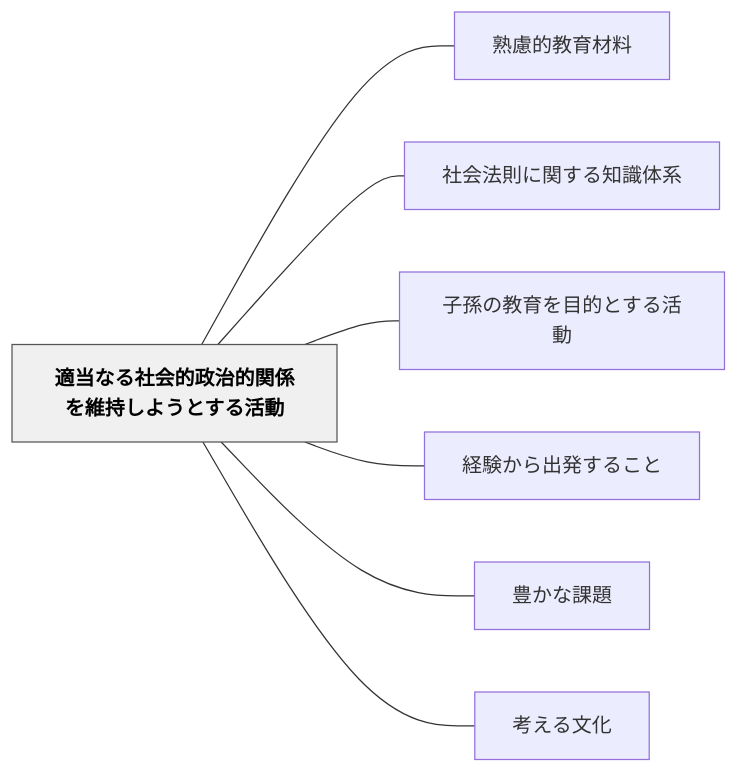
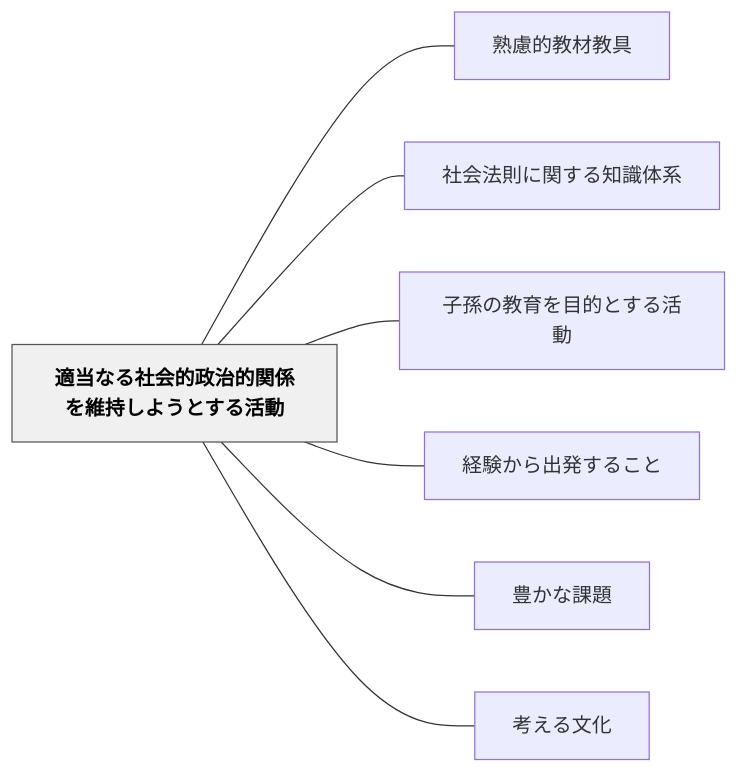
One commit to unknownthings-ed-patterns/unknownthings-ed-patterns changed the diagram in content/パタン/適当なる社会的政治的関係を維持しようとする活動.md. Above: the diagram before and after it, drawn with Mermaid. The commit also changed other lines of this file and 72 other files, not shown here.

````diff
--- a/content/パタン/適当なる社会的政治的関係を維持しようとする活動.md
+++ b/content/パタン/適当なる社会的政治的関係を維持しようとする活動.md
@@ -47,20 +47,20 @@
 ```mermaid
 flowchart LR
     ne981a9e5bd93e381aae3828be7a4bee4bc9ae79a84e694bfe6b2bbe79a84e996a2e4bf82e38292e7b6ade68c81e38197e38288e38186e381a8e38199e3828be6b4bbe58b95["適当なる社会的政治的関係を維持しようとする活動"]
-    ne7869fe685aee79a84e69599e882b2e69d90e69699["熟慮的教育材料"]
+    ne7869fe685aee79a84e69599e69d90e69599e585b7["熟慮的教材教具"]
     ne7a4bee4bc9ae6b395e58987e381abe996a2e38199e3828be79fa5e8ad98e4bd93e7b3bb["社会法則に関する知識体系"]
     ne5ad90e5adabe381aee69599e882b2e38292e79baee79a84e381a8e38199e3828be6b4bbe58b95["子孫の教育を目的とする活動"]
     ne7b58ce9a893e3818be38289e587bae799bae38199e3828be38193e381a8["経験から出発すること"]
     ne8b18ae3818be381aae8aab2e9a18c["豊かな課題"]
     ne88083e38188e3828be69687e58c96["考える文化"]
 
-    ne981a9e5bd93e381aae3828be7a4bee4bc9ae79a84e694bfe6b2bbe79a84e996a2e4bf82e38292e7b6ade68c81e38197e38288e38186e381a8e38199e3828be6b4bbe58b95 --- ne7869fe685aee79a84e69599e882b2e69d90e69699
+    ne981a9e5bd93e381aae3828be7a4bee4bc9ae79a84e694bfe6b2bbe79a84e996a2e4bf82e38292e7b6ade68c81e38197e38288e38186e381a8e38199e3828be6b4bbe58b95 --- ne7869fe685aee79a84e69599e69d90e69599e585b7
     ne981a9e5bd93e381aae3828be7a4bee4bc9ae79a84e694bfe6b2bbe79a84e996a2e4bf82e38292e7b6ade68c81e38197e38288e38186e381a8e38199e3828be6b4bbe58b95 --- ne7a4bee4bc9ae6b395e58987e381abe996a2e38199e3828be79fa5e8ad98e4bd93e7b3bb
     ne981a9e5bd93e381aae3828be7a4bee4bc9ae79a84e694bfe6b2bbe79a84e996a2e4bf82e38292e7b6ade68c81e38197e38288e38186e381a8e38199e3828be6b4bbe58b95 --- ne5ad90e5adabe381aee69599e882b2e38292e79baee79a84e381a8e38199e3828be6b4bbe58b95
     ne981a9e5bd93e381aae3828be7a4bee4bc9ae79a84e694bfe6b2bbe79a84e996a2e4bf82e38292e7b6ade68c81e38197e38288e38186e381a8e38199e3828be6b4bbe58b95 --- ne7b58ce9a893e3818be38289e587bae799bae38199e3828be38193e381a8
     ne981a9e5bd93e381aae3828be7a4bee4bc9ae79a84e694bfe6b2bbe79a84e996a2e4bf82e38292e7b6ade68c81e38197e38288e38186e381a8e38199e3828be6b4bbe58b95 --- ne8b18ae3818be381aae8aab2e9a18c
     ne981a9e5bd93e381aae3828be7a4bee4bc9ae79a84e694bfe6b2bbe79a84e996a2e4bf82e38292e7b6ade68c81e38197e38288e38186e381a8e38199e3828be6b4bbe58b95 --- ne88083e38188e3828be69687e58c96
 
     classDef hub fill:#f0f0f0,stroke:#555,color:#000,font-weight:bold
     class ne981a9e5bd93e381aae3828be7a4bee4bc9ae79a84e694bfe6b2bbe79a84e996a2e4bf82e38292e7b6ade68c81e38197e38288e38186e381a8e38199e3828be6b4bbe58b95 hub
 ```
````
